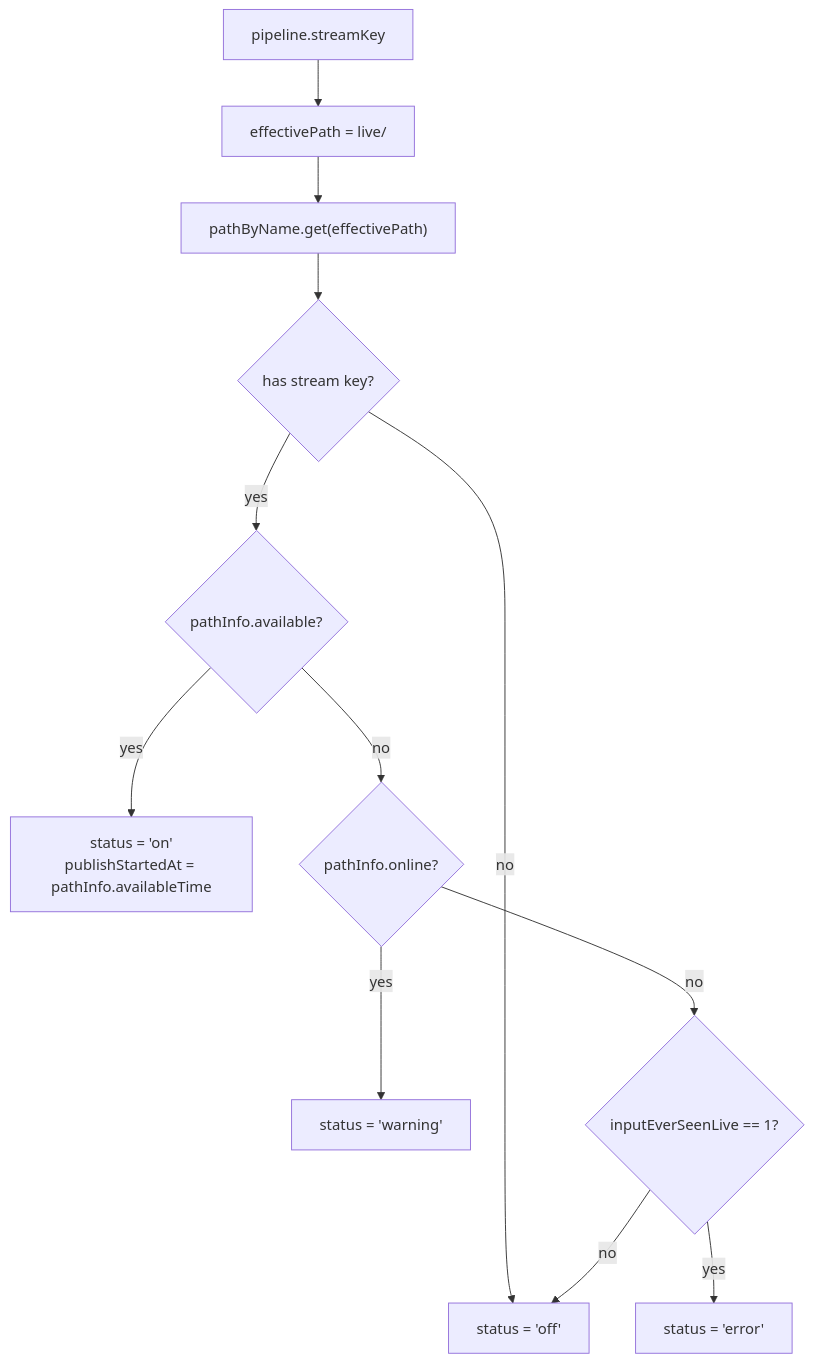
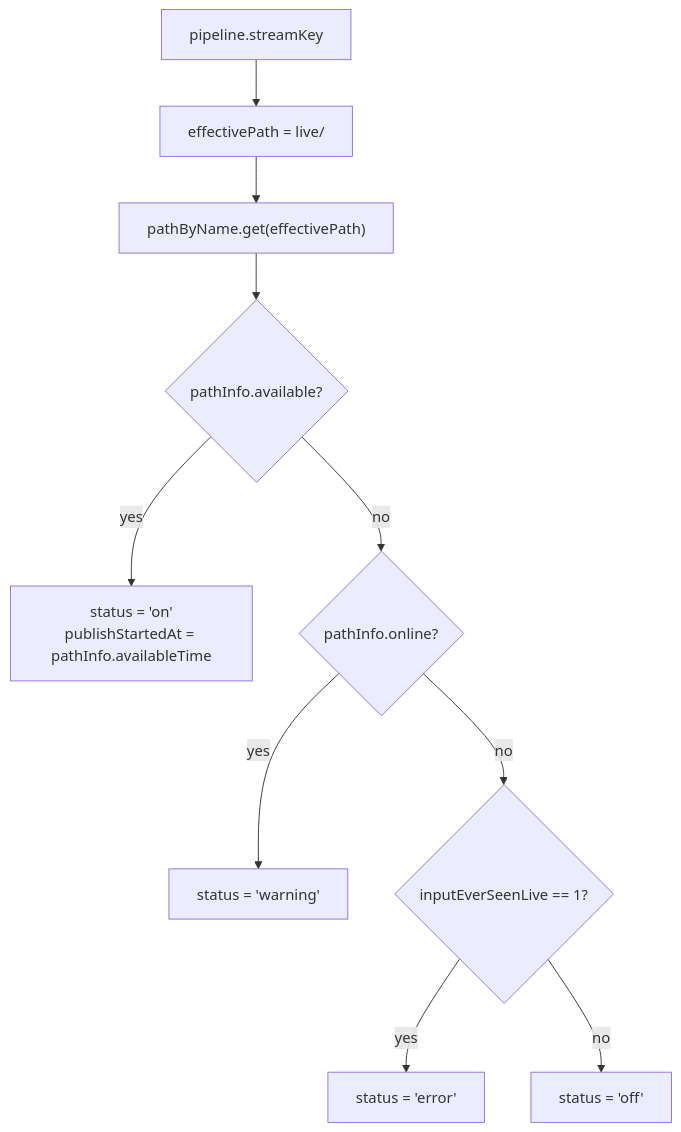
The first of 3 diagrams in docs/health-mapping.md (live-miracles/restream), drawn with Mermaid before and after one commit. The commit also changed other lines of this file and 17 other files, not shown here.

First line of the commit message:
feat: remove manual stream-key flow and align 4x3 with server-assigned keys

````diff
--- a/docs/health-mapping.md
+++ b/docs/health-mapping.md
@@ -33,15 +35,13 @@
 ```mermaid
 flowchart TD
   A["pipeline.streamKey"] --> B["effectivePath = live/<streamKey>"]
   B --> C["pathByName.get(effectivePath)"]
 
-  C --> D{has stream key?}
-  D -->|no| OFF["status = 'off'"]
-  D -->|yes| E{"pathInfo.available?"}
+  C --> E{"pathInfo.available?"}
   E -->|yes| ON["status = 'on'\npublishStartedAt = pathInfo.availableTime"]
   E -->|no| F{"pathInfo.online?"}
   F -->|yes| WARN["status = 'warning'"]
   F -->|no| G{"inputEverSeenLive == 1?"}
   G -->|yes| ERR["status = 'error'"]
-  G -->|no| OFF
+  G -->|no| OFF["status = 'off'"]
 ```
````
